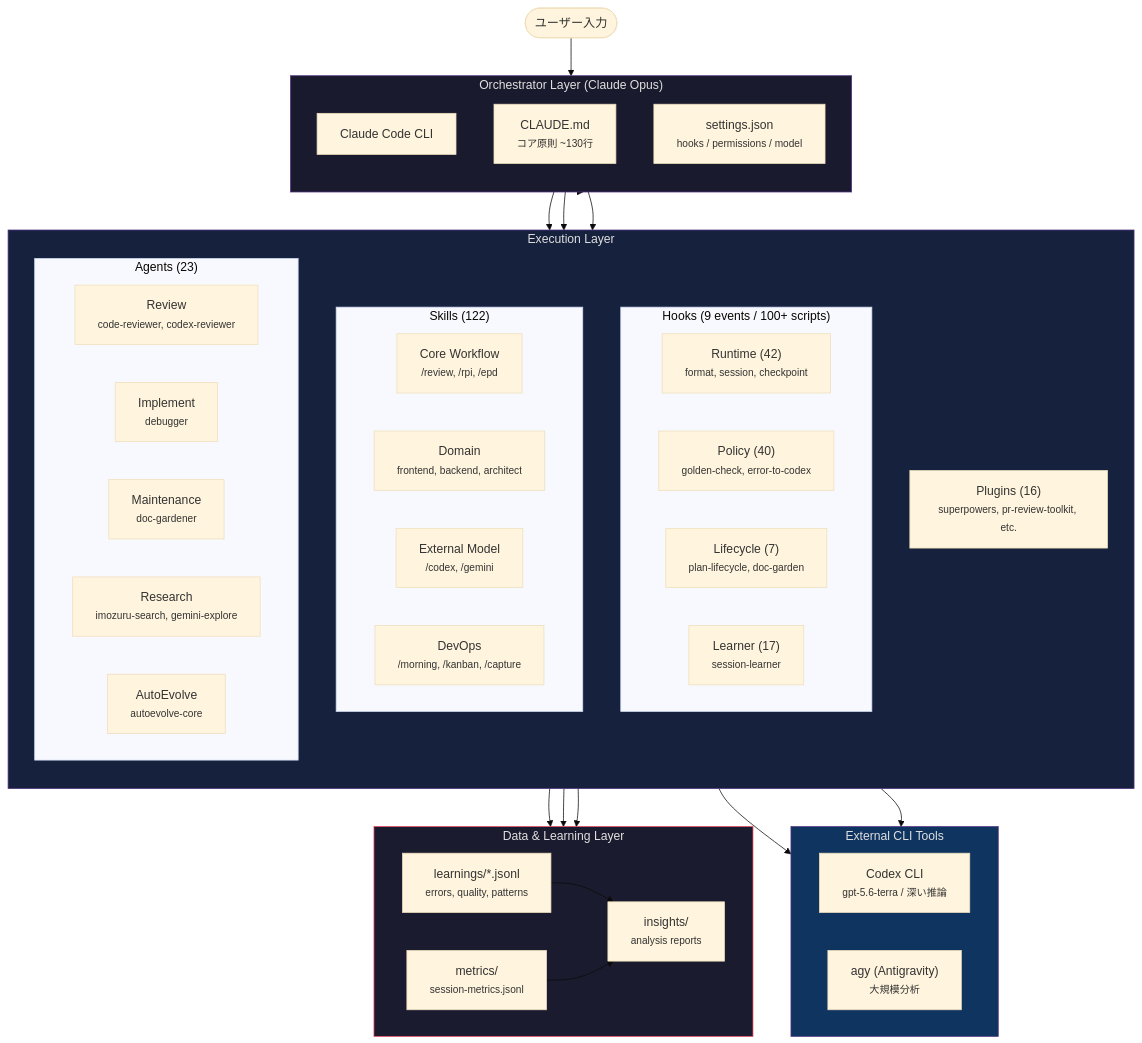
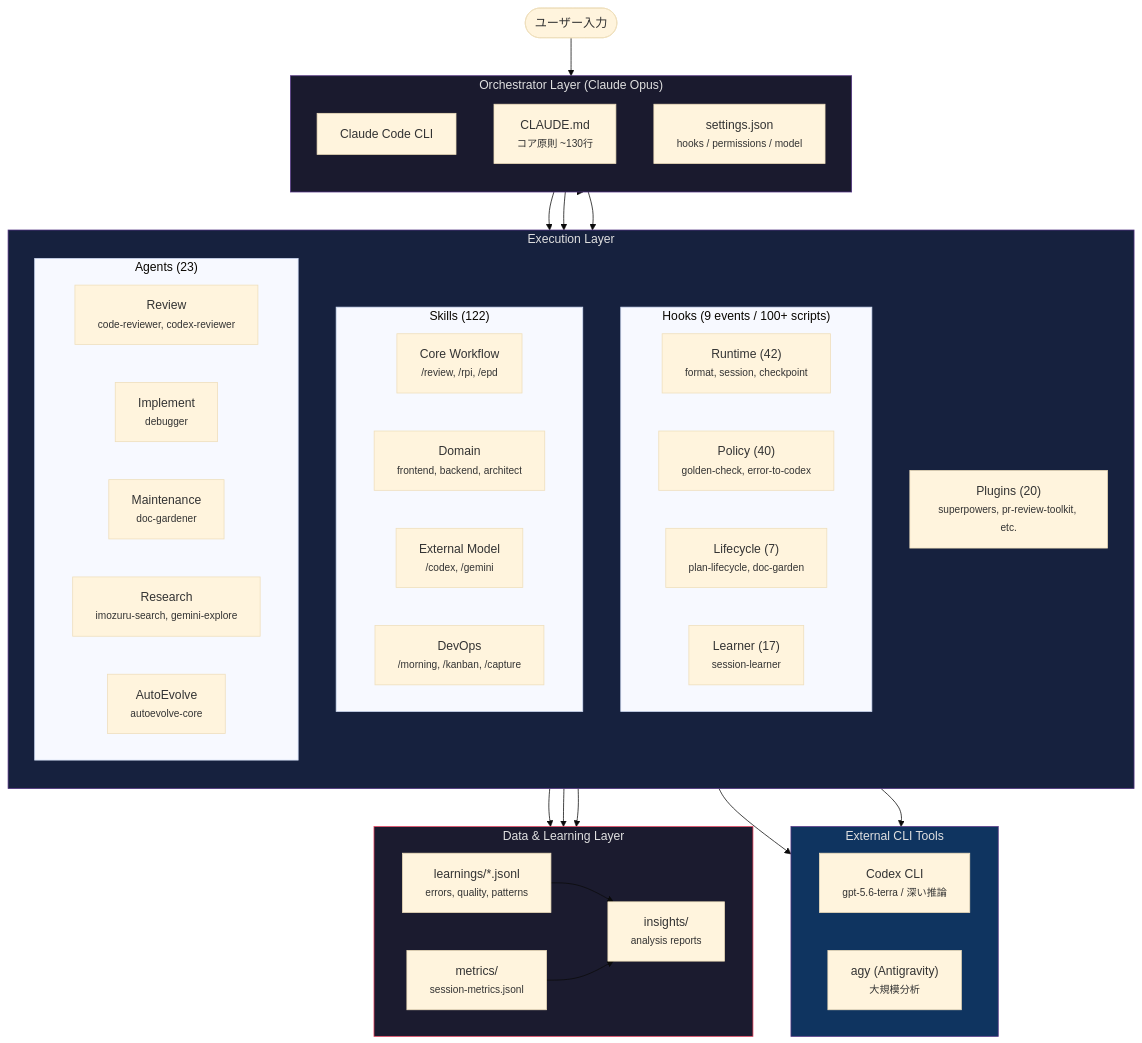
The first of 3 diagrams in .config/claude/README.md (takeuchi-shogo/dotfiles), drawn with Mermaid (base theme) before and after one commit. The commit also changed other lines of this file and 2 other files, not shown here.

````diff
--- a/.config/claude/README.md
+++ b/.config/claude/README.md
@@ -28,72 +28,72 @@
 ```mermaid
 graph TB
     User([ユーザー入力])
 
     subgraph orchestrator["Orchestrator Layer (Claude Opus)"]
         direction TB
         CC[Claude Code CLI]
         CLAUDE_MD["CLAUDE.md<br><small>コア原則 ~130行</small>"]
         SETTINGS["settings.json<br><small>hooks / permissions / model</small>"]
     end
 
     subgraph execution["Execution Layer"]
         direction TB
         subgraph hooks_box["Hooks (9 events / 100+ scripts)"]
             direction LR
             H_RT["Runtime (42)<br><small>format, session, checkpoint</small>"]
             H_PO["Policy (40)<br><small>golden-check, error-to-codex</small>"]
             H_LC["Lifecycle (7)<br><small>plan-lifecycle, doc-garden</small>"]
             H_LR["Learner (17)<br><small>session-learner</small>"]
         end
 
         subgraph skills_box["Skills (122)"]
             direction LR
             SK_CORE["Core Workflow<br><small>/review, /rpi, /epd</small>"]
             SK_DOMAIN["Domain<br><small>frontend, backend, architect</small>"]
             SK_EXT["External Model<br><small>/codex, /gemini</small>"]
             SK_OPS["DevOps<br><small>/morning, /kanban, /capture</small>"]
         end
 
         subgraph agents_box["Agents (23)"]
             direction LR
             AG_REV["Review<br><small>code-reviewer, codex-reviewer</small>"]
             AG_IMPL["Implement<br><small>debugger</small>"]
             AG_MAINT["Maintenance<br><small>doc-gardener</small>"]
             AG_RESEARCH["Research<br><small>imozuru-search, gemini-explore</small>"]
             AG_EVOLVE["AutoEvolve<br><small>autoevolve-core</small>"]
         end
 
-        PLUGINS["Plugins (16)<br><small>superpowers, pr-review-toolkit, etc.</small>"]
+        PLUGINS["Plugins (20)<br><small>superpowers, pr-review-toolkit, etc.</small>"]
     end
 
     subgraph external["External CLI Tools"]
         direction LR
         CODEX["Codex CLI<br><small>gpt-5.6-terra / 深い推論</small>"]
         GEMINI["agy (Antigravity)<br><small>大規模分析</small>"]
     end
 
     subgraph data["Data & Learning Layer"]
         direction LR
         LEARNINGS["learnings/*.jsonl<br><small>errors, quality, patterns</small>"]
         METRICS["metrics/<br><small>session-metrics.jsonl</small>"]
         INSIGHTS["insights/<br><small>analysis reports</small>"]
     end
 
     User --> CC
     CC --> hooks_box
     CC --> skills_box
     CC --> agents_box
     CC --> PLUGINS
     SK_EXT --> CODEX
     SK_EXT --> GEMINI
     AG_EVOLVE --> LEARNINGS
     H_LR --> LEARNINGS
     H_PO --> LEARNINGS
     LEARNINGS --> INSIGHTS
     METRICS --> INSIGHTS
 
     style orchestrator fill:#1a1a2e,stroke:#533483,color:#e0e0e0
     style execution fill:#16213e,stroke:#533483,color:#e0e0e0
     style external fill:#0f3460,stroke:#533483,color:#e0e0e0
     style data fill:#1b1b2f,stroke:#e94560,color:#e0e0e0
 ```
````
